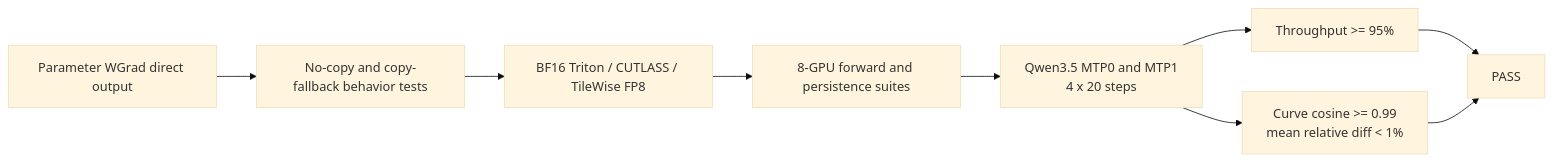
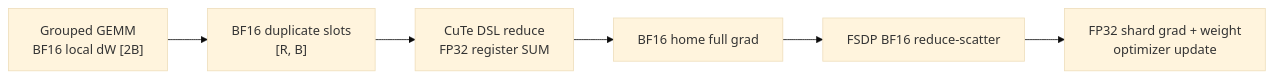
The second of 2 diagrams in xtuner_moonep_acceptance.md (InternLM/xtuner), drawn with Mermaid (base theme) before and after one commit. The commit also changed other lines of this file, not shown here.

````diff
--- a/xtuner_moonep_acceptance.md
+++ b/xtuner_moonep_acceptance.md
@@ -216,11 +79,8 @@
 ```mermaid
 flowchart LR
-    A["Parameter WGrad direct output"] --> B["No-copy and copy-fallback behavior tests"]
-    B --> C["BF16 Triton / CUTLASS / TileWise FP8"]
-    C --> D["8-GPU forward and persistence suites"]
-    D --> E["Qwen3.5 MTP0 and MTP1<br/>4 x 20 steps"]
-    E --> F["Throughput >= 95%"]
-    E --> G["Curve cosine >= 0.99<br/>mean relative diff < 1%"]
-    F --> H["PASS"]
-    G --> H
+    W["Grouped GEMM<br/>BF16 local dW [2B]"] --> V["BF16 duplicate slots<br/>[R, B]"]
+    V --> C["CuTe DSL reduce<br/>FP32 register SUM"]
+    C --> H["BF16 home full grad"]
+    H --> F["FSDP BF16 reduce-scatter"]
+    F --> O["FP32 shard grad + weight<br/>optimizer update"]
 ```
````
